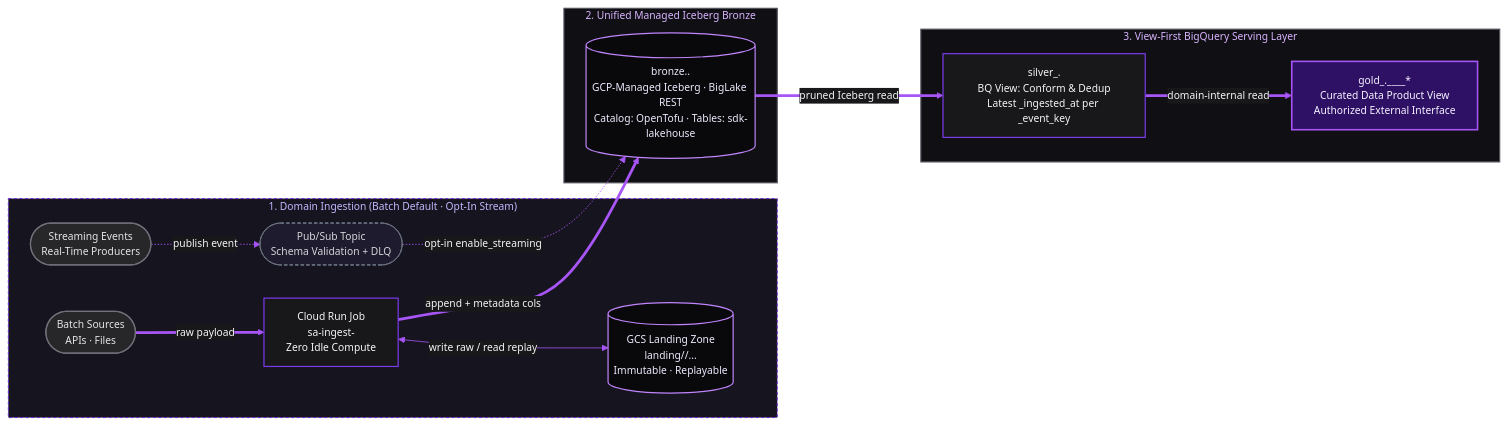
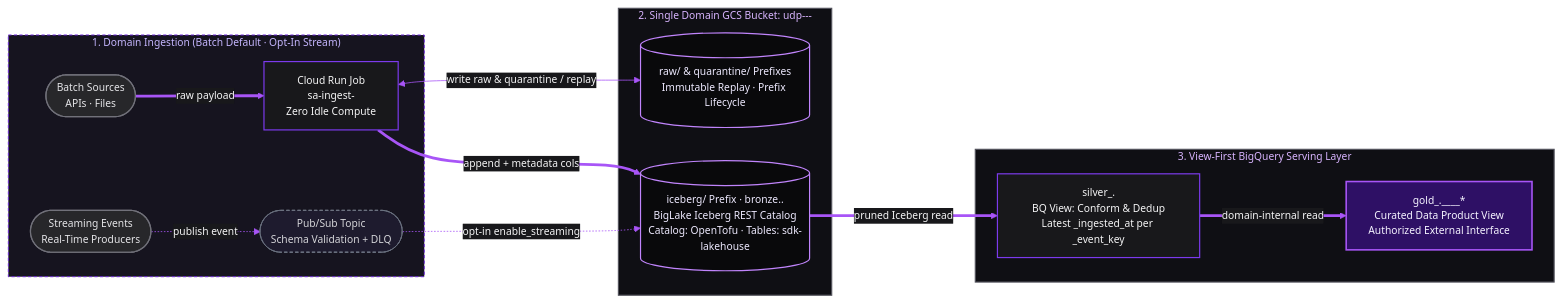
The second of 2 diagrams in platform_unified_data_gcp/specs/04_data_lakehouse_architecture.md (x-ruiz/playground-cloud-engineering), drawn with Mermaid before and after one commit. The commit also changed other lines of this file and 1 other file, not shown here.

Commit message:
docs(udp-gcp): approve Spec 05 with domain.yaml contract and per-domain Bronze buckets

````diff
--- a/platform_unified_data_gcp/specs/04_data_lakehouse_architecture.md
+++ b/platform_unified_data_gcp/specs/04_data_lakehouse_architecture.md
@@ -81,44 +81,44 @@
 ```mermaid
 %%{init: {"theme": "base", "themeCSS": "svg { background-color: #09090B !important; border-radius: 8px; }", "themeVariables": {"darkMode": true, "background": "#09090B", "mainBkg": "#18181B", "textColor": "#F4F4F5", "primaryColor": "#18181B", "primaryTextColor": "#F4F4F5", "primaryBorderColor": "#7C3AED", "lineColor": "#A855F7", "secondaryColor": "#16141F", "tertiaryColor": "#0F0F14", "edgeLabelBackground": "#18181B", "clusterBkg": "#0F0F14", "clusterBorder": "#52525B", "titleColor": "#D8B4FE", "fontFamily": "Inter, ui-sans-serif, system-ui, -apple-system, sans-serif", "fontSize": "13px"}, "flowchart": {"curve": "basis", "nodeSpacing": 42, "rankSpacing": 56, "padding": 14}}}%%
 flowchart LR
     subgraph IngestZone["1. Domain Ingestion (Batch Default · Opt-In Stream)"]
         SRC(["Batch Sources\nAPIs · Files"])
         CRJ["Cloud Run Job\nsa-ingest-<domain>\nZero Idle Compute"]
-        LAND[("GCS Landing Zone\nlanding/<domain>/...\nImmutable · Replayable")]
         EVT(["Streaming Events\nReal-Time Producers"])
         PS(["Pub/Sub Topic\nSchema Validation + DLQ"])
     end
 
-    subgraph BronzeZone["2. Unified Managed Iceberg Bronze"]
-        BRZ[("bronze.<domain>.<entity>\nGCP-Managed Iceberg · BigLake REST\nCatalog: OpenTofu · Tables: sdk-lakehouse")]
+    subgraph DomainBucket["2. Single Domain GCS Bucket: udp-<env>-<domain>-<suffix>"]
+        RAW[("raw/ & quarantine/ Prefixes\nImmutable Replay · Prefix Lifecycle")]
+        BRZ[("iceberg/ Prefix · bronze.<domain>.<entity>\nBigLake Iceberg REST Catalog\nCatalog: OpenTofu · Tables: sdk-lakehouse")]
     end
 
     subgraph ServeZone["3. View-First BigQuery Serving Layer"]
         SIL["silver_<domain>.<entity>\nBQ View: Conform & Dedup\nLatest _ingested_at per _event_key"]
         CUR["gold_<domain>.<kind>__<entity>__*\nCurated Data Product View\nAuthorized External Interface"]
     end
 
     SRC ==>|"raw payload"| CRJ
-    CRJ <-->|"write raw / read replay"| LAND
+    CRJ <-->|"write raw & quarantine / replay"| RAW
     CRJ ==>|"append + metadata cols"| BRZ
     EVT -.->|"publish event"| PS
     PS -.->|"opt-in enable_streaming"| BRZ
     BRZ ==>|"pruned Iceberg read"| SIL
     SIL ==>|"domain-internal read"| CUR
 
     classDef core fill:#2E1065,stroke:#A855F7,stroke-width:2px,color:#F5F3FF
     classDef service fill:#18181B,stroke:#7C3AED,stroke-width:1.5px,color:#F4F4F5
     classDef store fill:#09090B,stroke:#C084FC,stroke-width:1.5px,color:#EDE9FE
     classDef external fill:#27272A,stroke:#71717A,stroke-width:1.5px,color:#E4E4E7
     classDef async fill:#1E1B2E,stroke:#6B7280,stroke-width:1.25px,stroke-dasharray:4 3,color:#D4D4D8
 
     class SRC,EVT external
     class CRJ,SIL service
     class PS async
-    class LAND,BRZ store
+    class RAW,BRZ store
     class CUR core
 
     style IngestZone fill:#16141F,stroke:#6D28D9,stroke-width:1.25px,stroke-dasharray:4 3,color:#C4B5FD
-    style BronzeZone fill:#0F0F14,stroke:#52525B,stroke-width:1.5px,color:#D8B4FE
+    style DomainBucket fill:#0F0F14,stroke:#52525B,stroke-width:1.5px,color:#D8B4FE
     style ServeZone fill:#0F0F14,stroke:#52525B,stroke-width:1.5px,color:#D8B4FE
 ```
````
